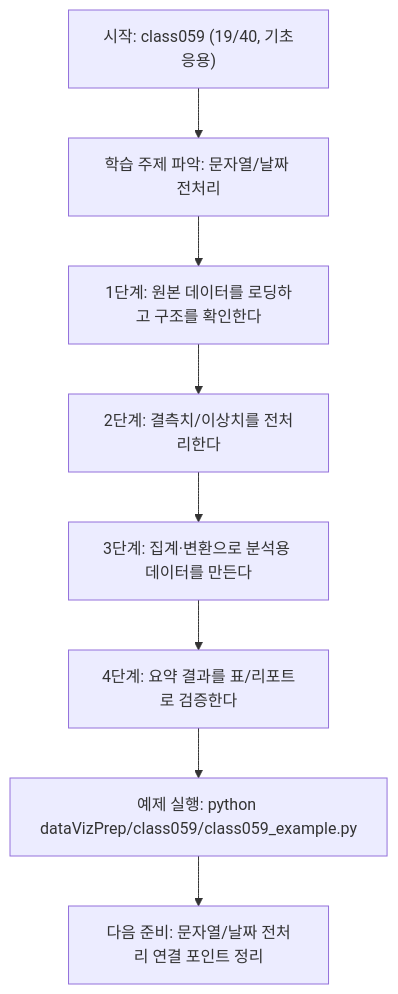
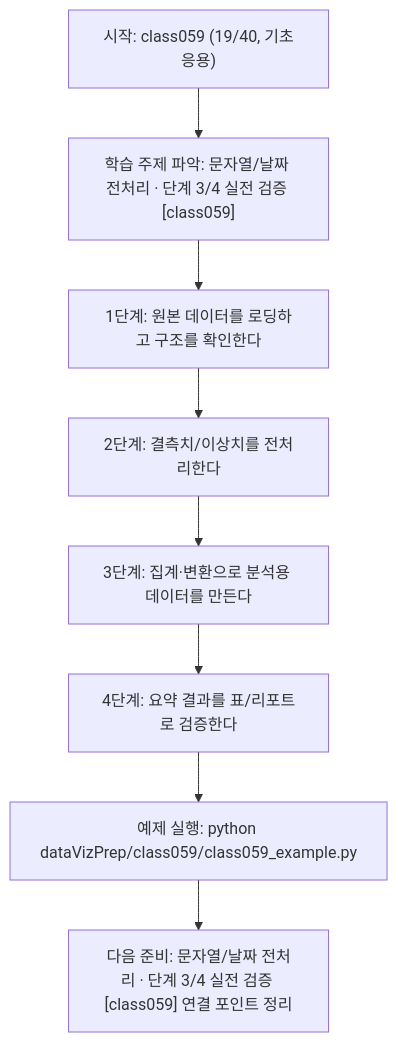
One commit to edumgt/Python-AI_Agent-Class changed the diagram in dataVizPrep/class059/class059.md. Above: the diagram before and after it, drawn with Mermaid. The commit also changed other lines of this file and 522 other files, not shown here.

````diff
--- a/dataVizPrep/class059/class059.md
+++ b/dataVizPrep/class059/class059.md
@@ -110,18 +111,18 @@
 ```mermaid
 flowchart TD
 N1["시작: class059 (19/40, 기초응용)"]
-N2["학습 주제 파악: 문자열/날짜 전처리"]
+N2["학습 주제 파악: 문자열/날짜 전처리 · 단계 3/4 실전 검증 [class059]"]
 N3["1단계: 원본 데이터를 로딩하고 구조를 확인한다"]
 N4["2단계: 결측치/이상치를 전처리한다"]
 N5["3단계: 집계·변환으로 분석용 데이터를 만든다"]
 N6["4단계: 요약 결과를 표/리포트로 검증한다"]
 N7["예제 실행: python dataVizPrep/class059/class059_example.py"]
-N8["다음 준비: 문자열/날짜 전처리 연결 포인트 정리"]
+N8["다음 준비: 문자열/날짜 전처리 · 단계 3/4 실전 검증 [class059] 연결 포인트 정리"]
 N1 --> N2
 N2 --> N3
 N3 --> N4
 N4 --> N5
 N5 --> N6
 N6 --> N7
 N7 --> N8
 ```
````
